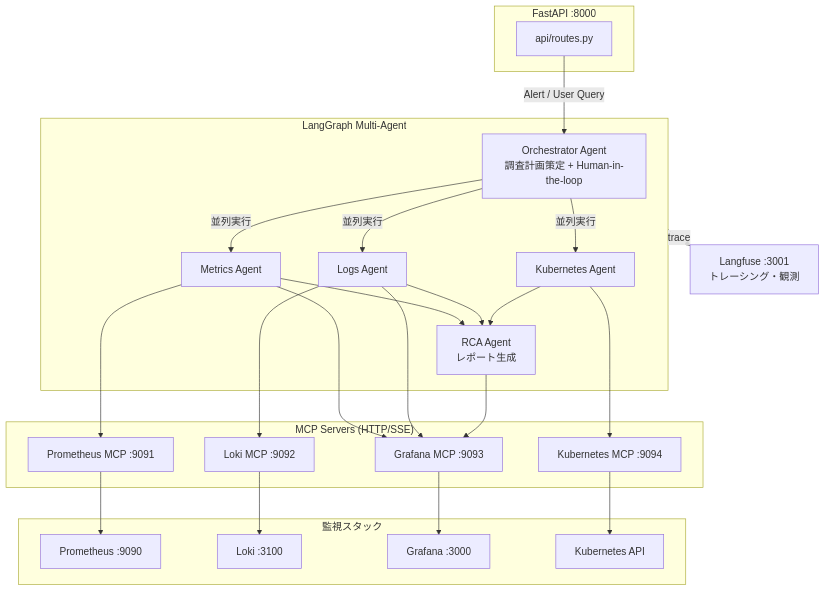
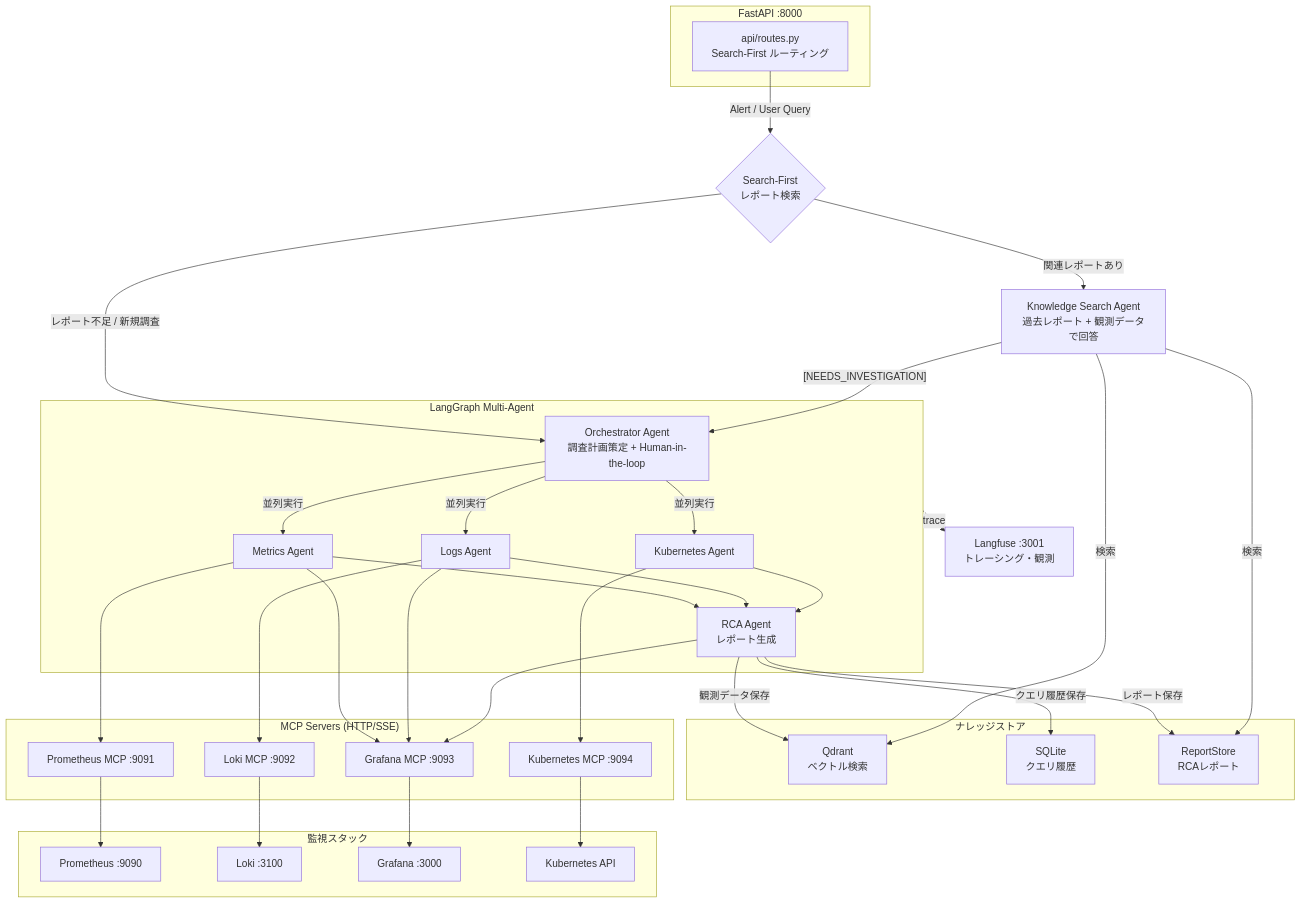
Before and after one commit to dokuma/ai-agent-observability: the first of 2 diagrams in docs/architecture.md, drawn with Mermaid. The commit also changed other lines of this file and 1 other file, not shown here.

Commit message:
Update architecture and configuration docs for Search-First flow and new components

````diff
--- a/docs/architecture.md
+++ b/docs/architecture.md
@@ -9,52 +9,68 @@
 ```mermaid
 graph TD
     subgraph API["FastAPI :8000"]
-        routes["api/routes.py"]
+        routes["api/routes.py<br/>Search-First ルーティング"]
     end
 
-    routes -->|"Alert / User Query"| orchestrator
+    routes -->|"Alert / User Query"| search_first
+    search_first{"Search-First<br/>レポート検索"}
+    search_first -->|"関連レポートあり"| knowledge["Knowledge Search Agent<br/>過去レポート + 観測データで回答"]
+    search_first -->|"レポート不足 / 新規調査"| orchestrator
+    knowledge -->|"[NEEDS_INVESTIGATION]"| orchestrator
 
     subgraph Agents["LangGraph Multi-Agent"]
         orchestrator["Orchestrator Agent<br/>調査計画策定 + Human-in-the-loop"]
         metrics["Metrics Agent"]
         logs["Logs Agent"]
         k8s["Kubernetes Agent"]
         rca["RCA Agent<br/>レポート生成"]
 
         orchestrator -->|並列実行| metrics
         orchestrator -->|並列実行| logs
         orchestrator -->|並列実行| k8s
         metrics --> rca
         logs --> rca
         k8s --> rca
     end
+
+    subgraph Storage["ナレッジストア"]
+        qdrant["Qdrant<br/>ベクトル検索"]
+        sqlite["SQLite<br/>クエリ履歴"]
+        report_store["ReportStore<br/>RCAレポート"]
+    end
+
+    rca -->|レポート保存| report_store
+    rca -->|観測データ保存| qdrant
+    rca -->|クエリ履歴保存| sqlite
+    knowledge -->|検索| qdrant
+    knowledge -->|検索| report_store
 
     subgraph MCP["MCP Servers (HTTP/SSE)"]
         prom_mcp["Prometheus MCP :9091"]
         loki_mcp["Loki MCP :9092"]
         grafana_mcp["Grafana MCP :9093"]
         k8s_mcp["Kubernetes MCP :9094"]
     end
 
     metrics --> prom_mcp
     metrics --> grafana_mcp
     logs --> loki_mcp
     logs --> grafana_mcp
     k8s --> k8s_mcp
     rca --> grafana_mcp
 
     subgraph Infra["監視スタック"]
         prometheus["Prometheus :9090"]
         loki["Loki :3100"]
         grafana["Grafana :3000"]
         k8s_api["Kubernetes API"]
     end
 
     prom_mcp --> prometheus
     loki_mcp --> loki
     grafana_mcp --> grafana
     k8s_mcp --> k8s_api
 
     langfuse["Langfuse :3001<br/>トレーシング・観測"]
     Agents -.->|trace| langfuse
 ```
````
